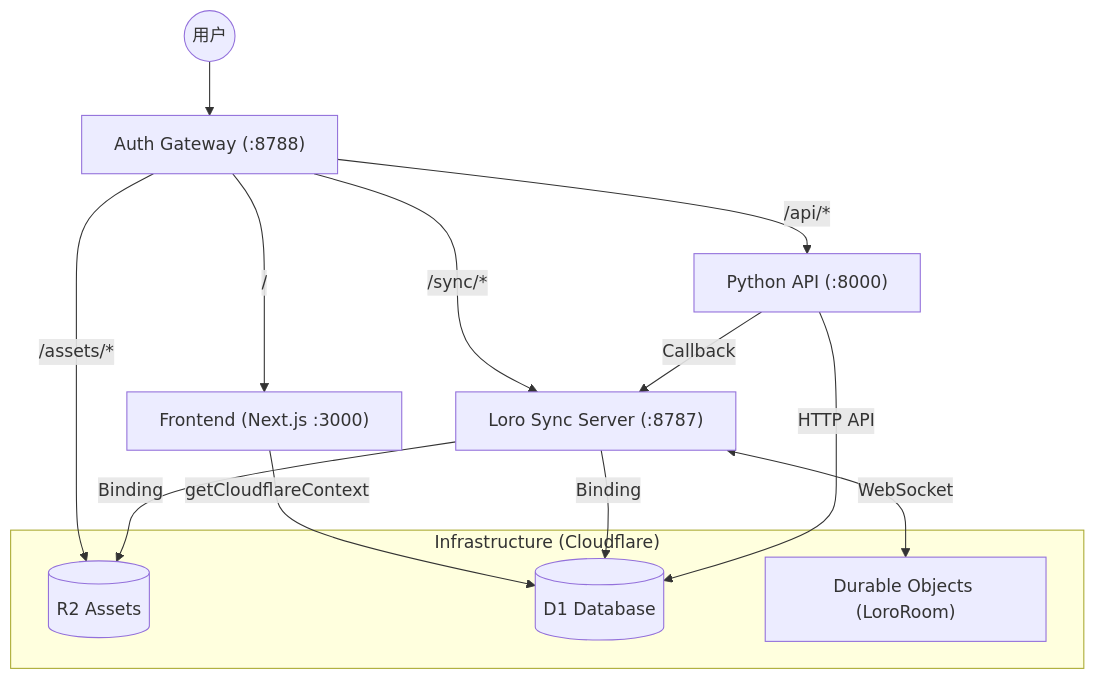
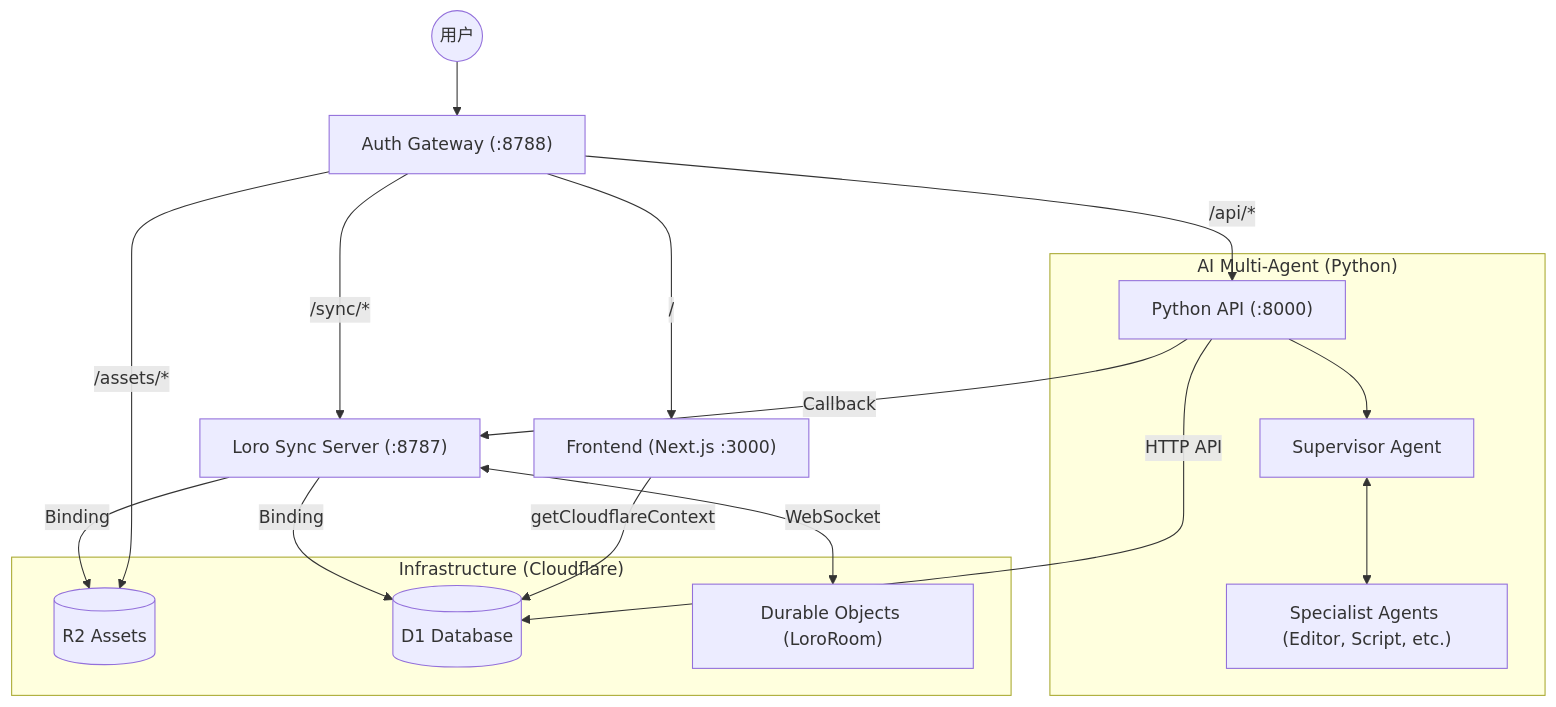
One commit to hrhrng/clash changed the first of 2 diagrams in apps/loro-sync-server/ARCHITECTURE.md. Above: the diagram before and after it, drawn with Mermaid. The commit also changed other lines of this file and 1 other file, not shown here.

````diff
--- a/apps/loro-sync-server/ARCHITECTURE.md
+++ b/apps/loro-sync-server/ARCHITECTURE.md
@@ -9,23 +9,30 @@
 ```mermaid
 graph TD
     User((用户)) --> Gateway["Auth Gateway (:8788)"]
     
     Gateway -->|/| Web["Frontend (Next.js :3000)"]
     Gateway -->|/sync/*| Sync["Loro Sync Server (:8787)"]
     Gateway -->|/api/*| API["Python API (:8000)"]
     Gateway -->|/assets/*| R2[("R2 Assets")]
     
     subgraph "Infrastructure (Cloudflare)"
         D1[("D1 Database")]
         R2
         DO["Durable Objects (LoroRoom)"]
     end
     
+    subgraph "AI Multi-Agent (Python)"
+        Supervisor["Supervisor Agent"]
+        SubAgents["Specialist Agents (Editor, Script, etc.)"]
+        API --> Supervisor
+        Supervisor <--> SubAgents
+    end
+    
     Web -->|getCloudflareContext| D1
     Sync -->|Binding| D1
     Sync -->|Binding| R2
     API -->|HTTP API| D1
     
     Sync <-->|WebSocket| DO
     API -->|Callback| Sync
 ```
````
